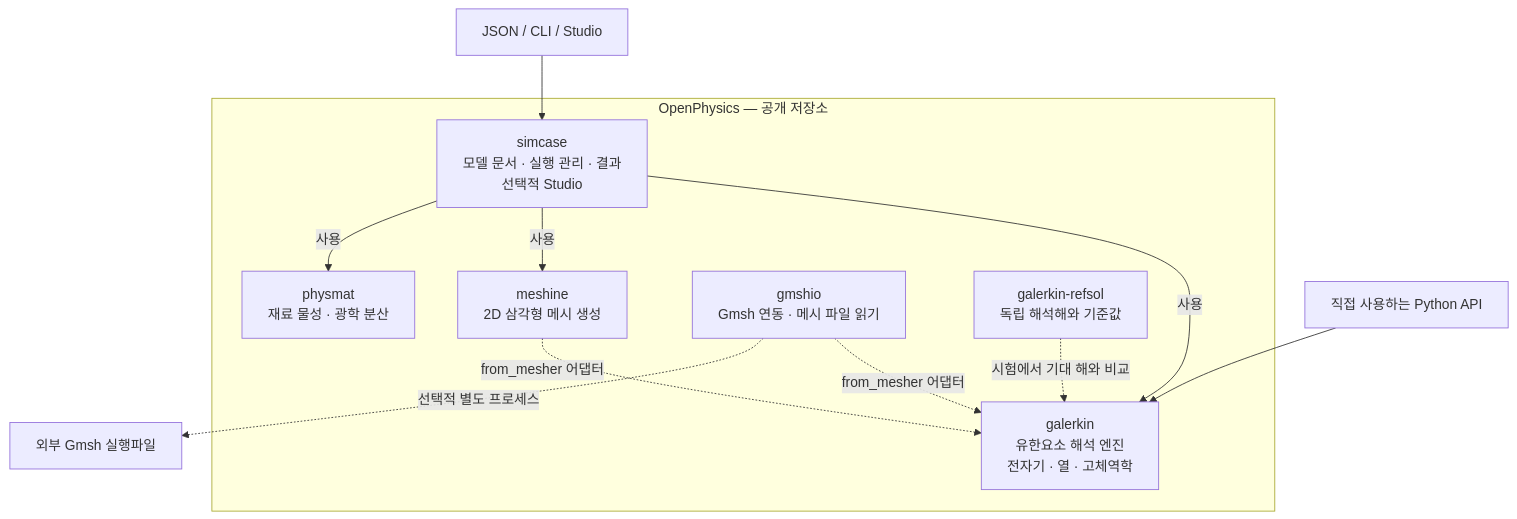
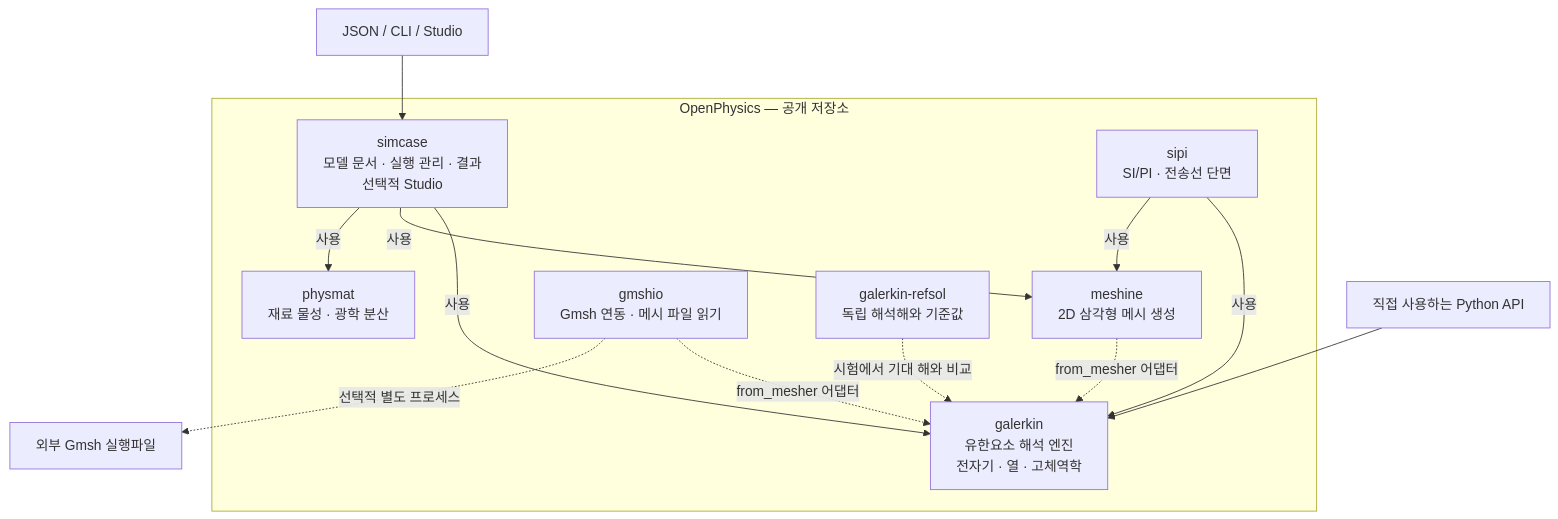
Before and after one commit to fieldalgo/openphysics: the diagram in docs/locales/ko/pages/architecture.md, drawn with Mermaid. The commit also changed other lines of this file and 45 other files, not shown here.

````diff
--- a/docs/locales/ko/pages/architecture.md
+++ b/docs/locales/ko/pages/architecture.md
@@ -12,25 +12,28 @@
 ```mermaid
 flowchart TB
     Input["JSON / CLI / Studio"]
     Python["직접 사용하는 Python API"]
 
     subgraph OP["OpenPhysics — 공개 저장소"]
         Sim["simcase<br/>모델 문서 · 실행 관리 · 결과<br/>선택적 Studio"]
         Gal["galerkin<br/>유한요소 해석 엔진<br/>전자기 · 열 · 고체역학"]
         Mesh["meshine<br/>2D 삼각형 메시 생성"]
         Mat["physmat<br/>재료 물성 · 광학 분산"]
         GIO["gmshio<br/>Gmsh 연동 · 메시 파일 읽기"]
         Ref["galerkin-refsol<br/>독립 해석해와 기준값"]
+        SIPI["sipi<br/>SI/PI · 전송선 단면"]
 
         Sim -->|사용| Gal
         Sim -->|사용| Mesh
         Sim -->|사용| Mat
         Mesh -.->|from_mesher 어댑터| Gal
         GIO -.->|from_mesher 어댑터| Gal
         Ref -.->|시험에서 기대 해와 비교| Gal
+        SIPI -->|사용| Gal
+        SIPI -->|사용| Mesh
     end
 
     Input --> Sim
     Python --> Gal
     GIO -.->|선택적 별도 프로세스| Gmsh["외부 Gmsh 실행파일"]
 ```
````
